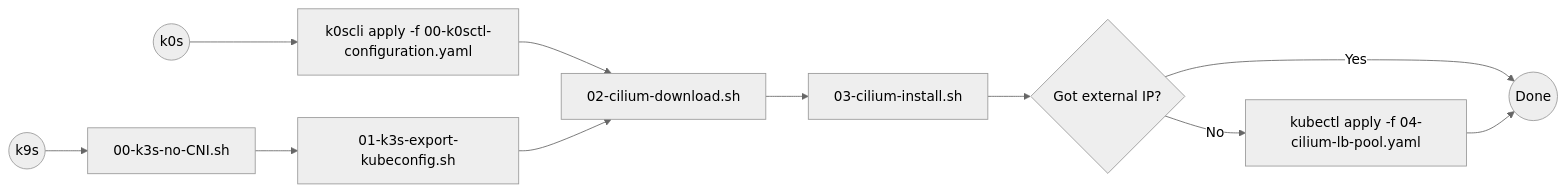
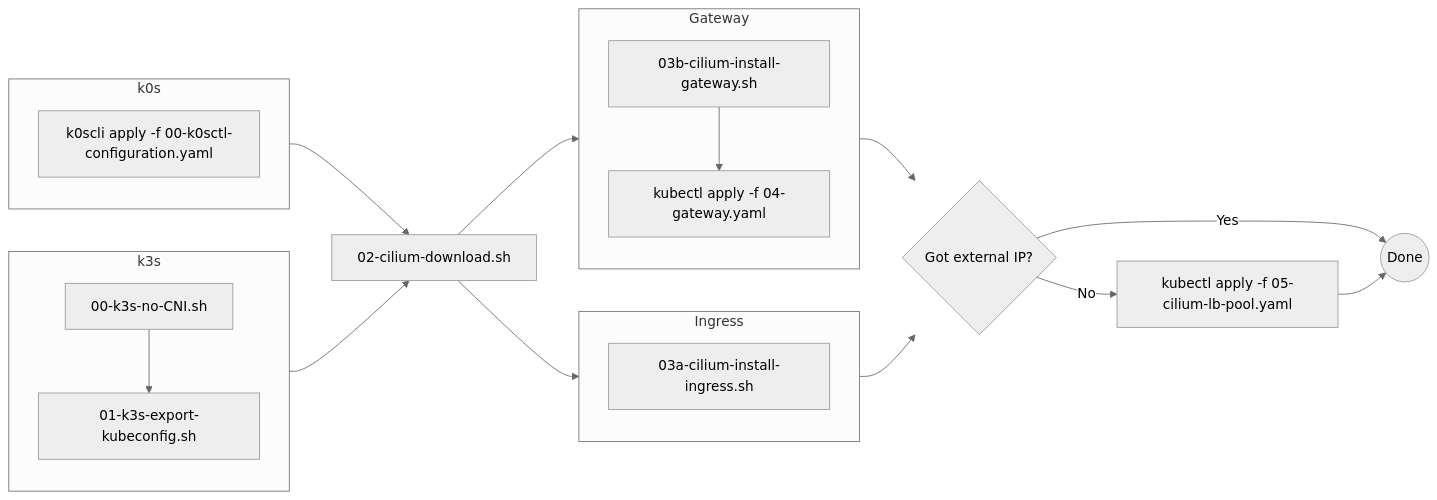
The diagram in README.md (manfredbjorlin/kubernetes-setup), drawn with Mermaid (neutral theme) before and after one commit. The commit also changed other lines of this file, not shown here.

````diff
--- a/README.md
+++ b/README.md
@@ -35,23 +35,32 @@
 ```mermaid
 flowchart LR
-A((k0s))
+subgraph A[k0s]
 B[k0scli apply -f 00-k0sctl-configuration.yaml]
-A-->B
-C((k9s))
+end
+subgraph C[k3s]
 D[00-k3s-no-CNI.sh]
-C-->D
 E[01-k3s-export-kubeconfig.sh]
+end
 D-->E
 F[02-cilium-download.sh]
-B-->F
-E-->F
-G[03-cilium-install.sh]
-F-->G
-G-->H
+A-->F
+C-->F
+subgraph K[Ingress]
+G[03a-cilium-install-ingress.sh]
+end
+subgraph L[Gateway]
+M[03b-cilium-install-gateway.sh]
+N[kubectl apply -f 04-gateway.yaml]
+M-->N
+end
+F-->L
+L-->H
+F-->K
+K-->H
 H{Got external IP?}
-I[kubectl apply -f 04-cilium-lb-pool.yaml]
+I[kubectl apply -f 05-cilium-lb-pool.yaml]
 J((Done))
 H-->|No|I
 H-->|Yes|J
 I-->J
 ```
````
